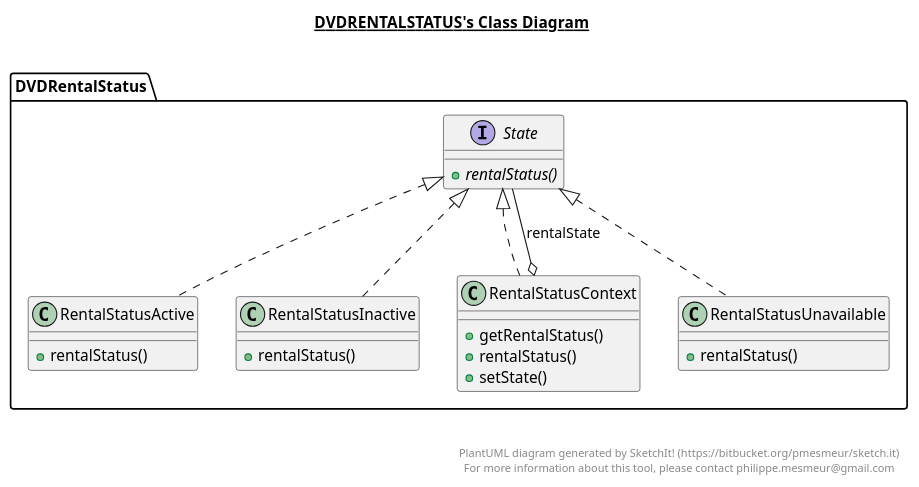
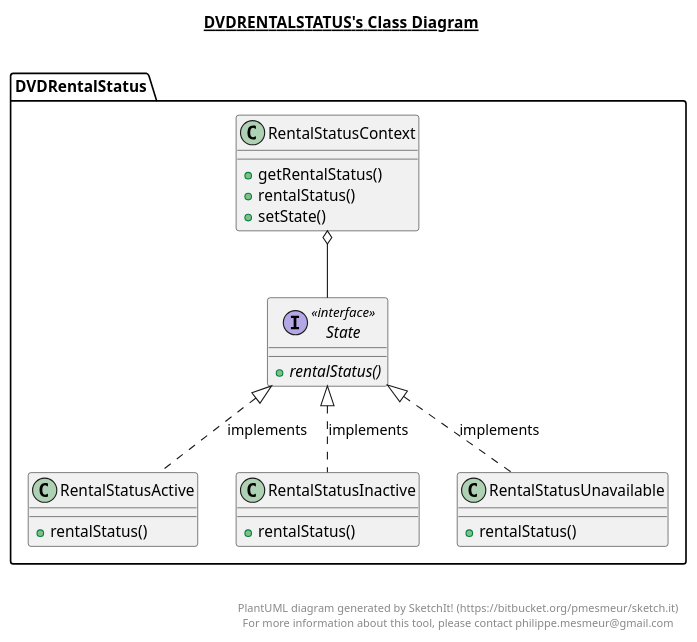
One commit to Kenzki/design-patterns-dvd-rental-system changed the diagram in src/DVDRentalStatus/State.plantuml. Above: the diagram before and after it, drawn with PlantUML. The commit also changed 2 other files, not shown here.

Commit message:
Updated UML Diagram

```diff
--- a/src/DVDRentalStatus/State.plantuml
+++ b/src/DVDRentalStatus/State.plantuml
@@ -1,49 +1,48 @@
 @startuml
 
 title __DVDRENTALSTATUS's Class Diagram__\n
 
 
 
       class DVDRentalStatus.RentalStatusActive {
           + rentalStatus()
       }
 
 
 
       class DVDRentalStatus.RentalStatusContext {
           + getRentalStatus()
           + rentalStatus()
           + setState()
       }
 
 
       class DVDRentalStatus.RentalStatusInactive {
           + rentalStatus()
       }
 
 
       class DVDRentalStatus.RentalStatusUnavailable {
           + rentalStatus()
       }
 
-      interface DVDRentalStatus.State {
+      interface DVDRentalStatus.State <<interface>>{
           {abstract} + rentalStatus()
       }
 
 
 
-  DVDRentalStatus.RentalStatusActive .up.|> DVDRentalStatus.State
-  DVDRentalStatus.RentalStatusContext .up.|> DVDRentalStatus.State
-  DVDRentalStatus.RentalStatusContext o-- DVDRentalStatus.State : rentalState
-  DVDRentalStatus.RentalStatusInactive .up.|> DVDRentalStatus.State
-  DVDRentalStatus.RentalStatusUnavailable .up.|> DVDRentalStatus.State
+  DVDRentalStatus.RentalStatusActive .up.|> DVDRentalStatus.State : implements
+  DVDRentalStatus.RentalStatusContext o-- DVDRentalStatus.State
+  DVDRentalStatus.RentalStatusInactive .up.|> DVDRentalStatus.State : implements
+  DVDRentalStatus.RentalStatusUnavailable .up.|> DVDRentalStatus.State : implements
 
 
 right footer
 
 
 PlantUML diagram generated by SketchIt! (https://bitbucket.org/pmesmeur/sketch.it)
 For more information about this tool, please contact philippe.mesmeur@gmail.com
 endfooter
 
 @enduml
```
